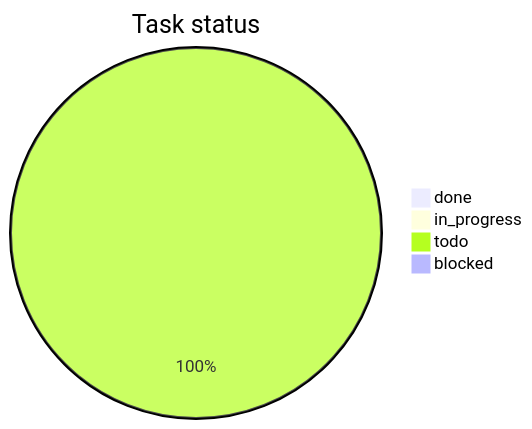
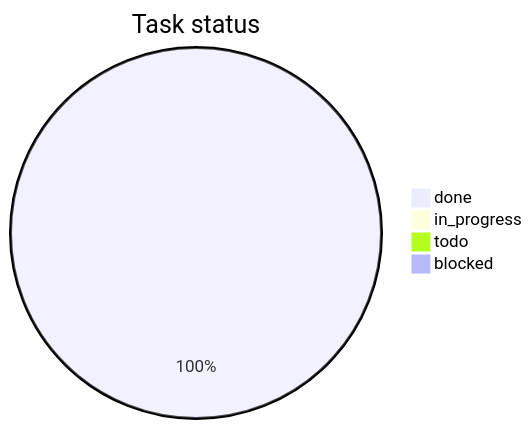
Before and after one commit to 2tsoftwareapp/super-template: the first of 2 diagrams in .agents/sessions/Task-5-coding-rules-brainstorming/OVERVIEW.md, drawn with Mermaid. The commit also changed other lines of this file and 17 other files, not shown here.

````diff
--- a/.agents/sessions/Task-5-coding-rules-brainstorming/OVERVIEW.md
+++ b/.agents/sessions/Task-5-coding-rules-brainstorming/OVERVIEW.md
@@ -19,7 +19,7 @@
 ```mermaid
 pie title Task status
-  "done" : 0
+  "done" : 10
   "in_progress" : 0
-  "todo" : 10
+  "todo" : 0
   "blocked" : 0
 ```
````
